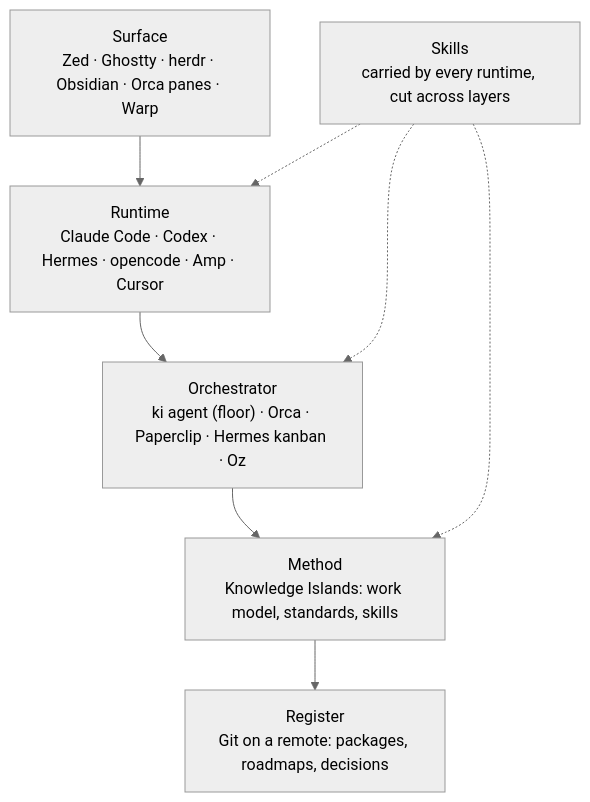
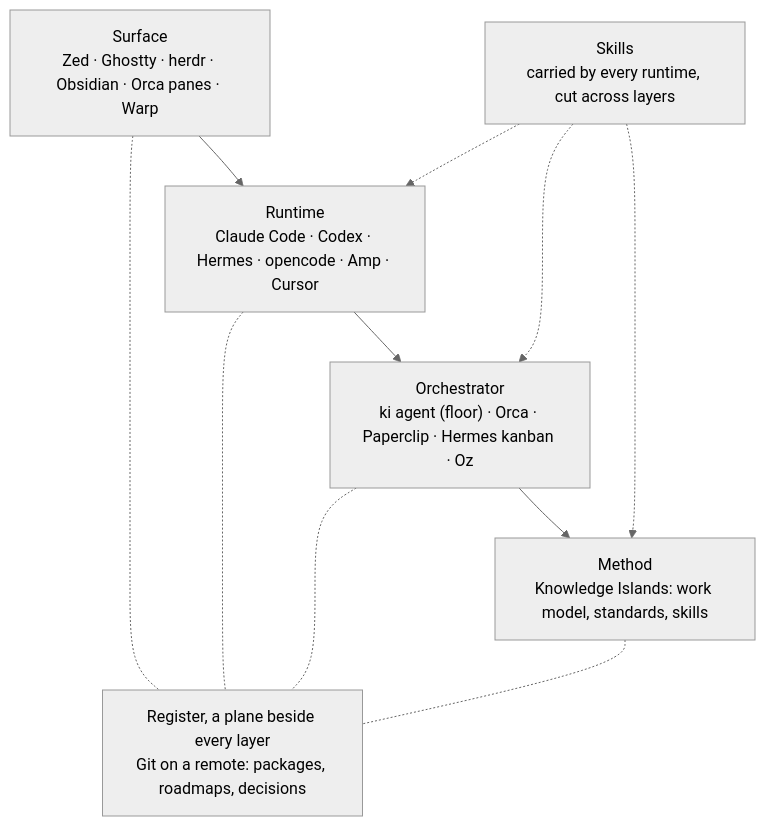
Before and after one commit to knowledgeislands/ki-principal: the first of 2 diagrams in +/_WORK/ki.prj.ways-of-working/design/landscape.md, drawn with Mermaid (neutral theme). The commit also changed other lines of this file and 1 other file, not shown here.

````diff
--- a/+/_WORK/ki.prj.ways-of-working/design/landscape.md
+++ b/+/_WORK/ki.prj.ways-of-working/design/landscape.md
@@ -90,12 +97,16 @@
 ```mermaid
 flowchart TB
   S["Surface<br/>Zed · Ghostty · herdr · Obsidian · Orca panes · Warp"]
   R["Runtime<br/>Claude Code · Codex · Hermes · opencode · Amp · Cursor"]
   O["Orchestrator<br/>ki agent (floor) · Orca · Paperclip · Hermes kanban · Oz"]
   M["Method<br/>Knowledge Islands: work model, standards, skills"]
-  G["Register<br/>Git on a remote: packages, roadmaps, decisions"]
-  S --> R --> O --> M --> G
+  G["Register, a plane beside every layer<br/>Git on a remote: packages, roadmaps, decisions"]
+  S --> R --> O --> M
+  S -.- G
+  R -.- G
+  O -.- G
+  M -.- G
   K["Skills<br/>carried by every runtime, cut across layers"] -.-> R
   K -.-> O
   K -.-> M
 ```
````
